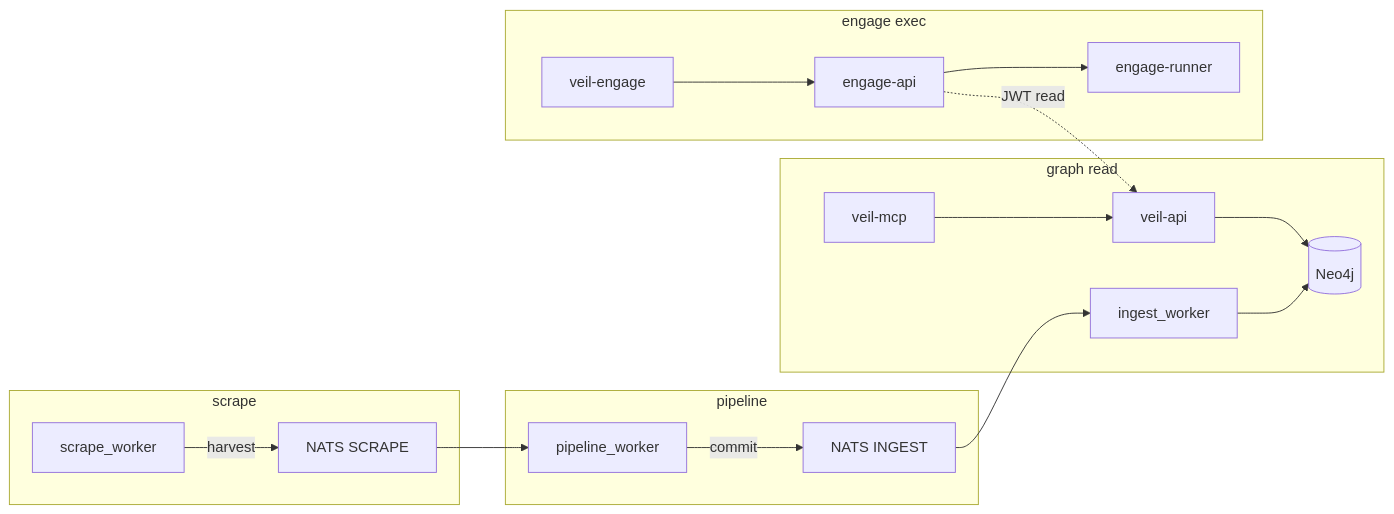
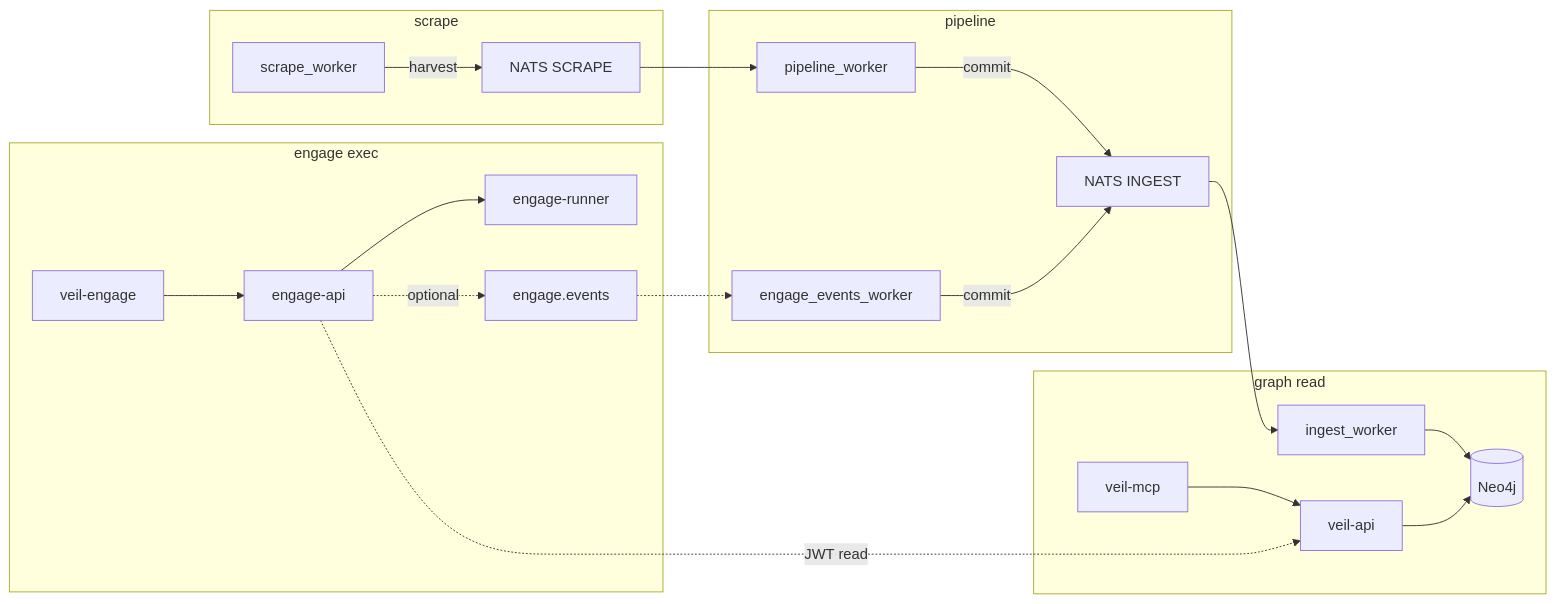
The diagram in README.md (butbeautifulv/threat_intelligence), drawn with Mermaid before and after one commit. The commit also changed other lines of this file and 162 other files, not shown here.

First line of the commit message:
feat(engage): Phase 12–13 bus, graph ingest, and CI smokes

````diff
--- a/README.md
+++ b/README.md
@@ -13,29 +13,33 @@
 ```mermaid
 flowchart LR
   subgraph scrape [scrape]
     SW[scrape_worker]
     SW -->|harvest| NATS1[NATS SCRAPE]
   end
   subgraph pipeline [pipeline]
     PW[pipeline_worker]
+    EEW[engage_events_worker]
     NATS1 --> PW
     PW -->|commit| NATS2[NATS INGEST]
+    EEW -->|commit| NATS2
   end
   subgraph graph [graph read]
     IW[ingest_worker]
     Neo4j[(Neo4j)]
     API[veil-api]
     MCPg[veil-mcp]
     NATS2 --> IW --> Neo4j
     API --> Neo4j
     MCPg --> API
   end
   subgraph engage [engage exec]
     EngAPI[engage-api]
     EngMCP[veil-engage]
     Runner[engage-runner]
     EngMCP --> EngAPI
     EngAPI --> Runner
     EngAPI -.->|JWT read| API
+    EngAPI -.->|optional| NATS_E[engage.events]
+    NATS_E -.-> EEW
   end
 ```
````
